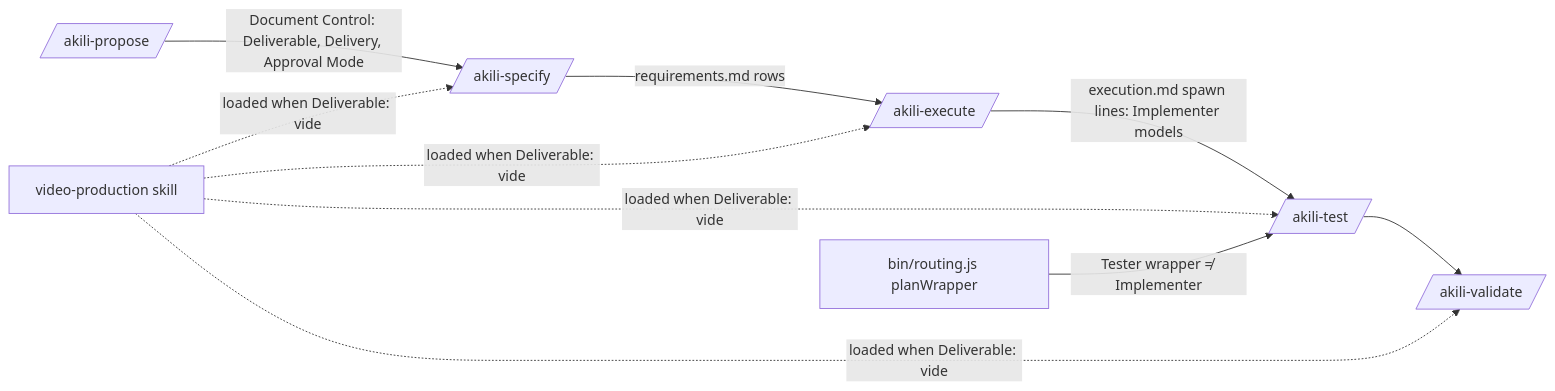
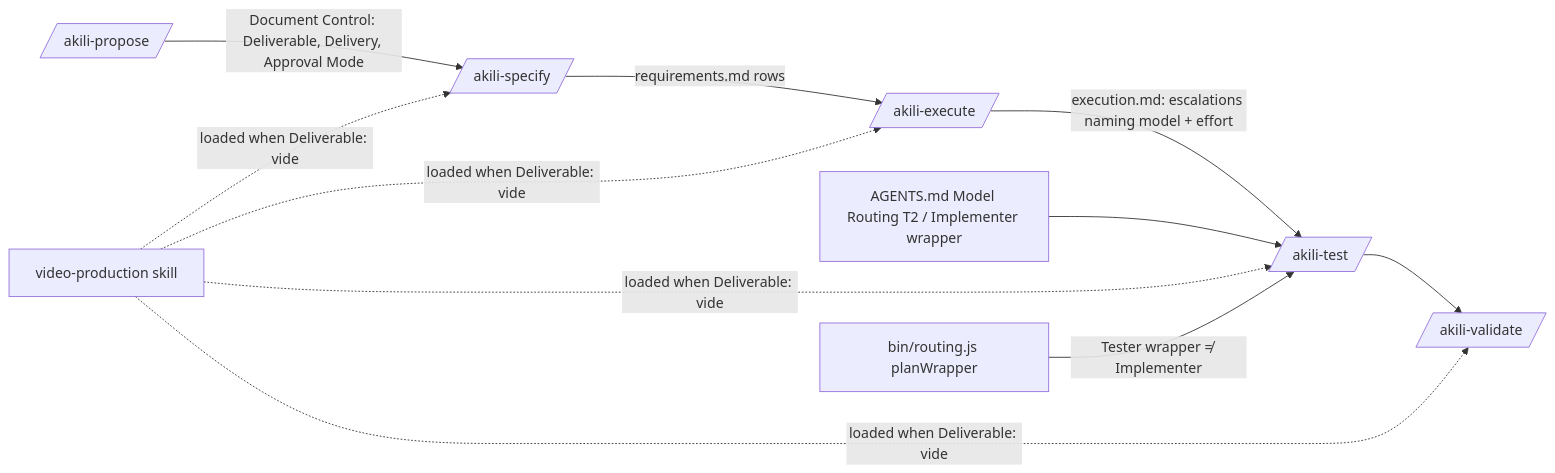
Before and after one commit to JuankCadavid/akili-specs: the diagram in docs/specs/changes/video-production-hardening/design.md, drawn with Mermaid. The commit also changed other lines of this file and 1 other file, not shown here.

````diff
--- a/docs/specs/changes/video-production-hardening/design.md
+++ b/docs/specs/changes/video-production-hardening/design.md
@@ -26,9 +27,10 @@
 ```mermaid
 flowchart LR
   P[/akili-propose/] -->|Document Control: Deliverable, Delivery, Approval Mode| S[/akili-specify/]
   S -->|requirements.md rows| E[/akili-execute/]
-  E -->|execution.md spawn lines: Implementer models| T[/akili-test/]
+  E -->|execution.md: escalations naming model + effort| T[/akili-test/]
+  REG[AGENTS.md Model Routing T2 / Implementer wrapper] --> T
   T --> V[/akili-validate/]
   VP[video-production skill] -.loaded when Deliverable: video.-> S & E & T & V
   R[bin/routing.js planWrapper] -->|Tester wrapper ≠ Implementer| T
 ```
````
